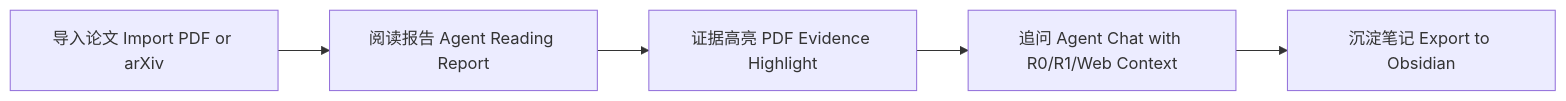
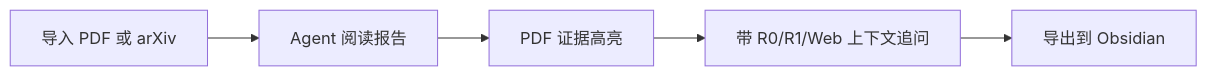
The diagram in README.zh-CN.md (Tomfortomas/Paperflow), drawn with Mermaid before and after one commit. The commit also changed other lines of this file and 24 other files, not shown here.

````diff
--- a/README.zh-CN.md
+++ b/README.zh-CN.md
@@ -30,7 +27,7 @@
 ```mermaid
 flowchart LR
-  importPdf["导入论文 Import PDF or arXiv"] --> readingReport["阅读报告 Agent Reading Report"]
-  readingReport --> evidenceHighlight["证据高亮 PDF Evidence Highlight"]
-  evidenceHighlight --> agentChat["追问 Agent Chat with R0/R1/Web Context"]
-  agentChat --> obsidianExport["沉淀笔记 Export to Obsidian"]
+  importPdf["导入 PDF 或 arXiv"] --> readingReport["Agent 阅读报告"]
+  readingReport --> evidenceHighlight["PDF 证据高亮"]
+  evidenceHighlight --> agentChat["带 R0/R1/Web 上下文追问"]
+  agentChat --> obsidianExport["导出到 Obsidian"]
 ```
````
